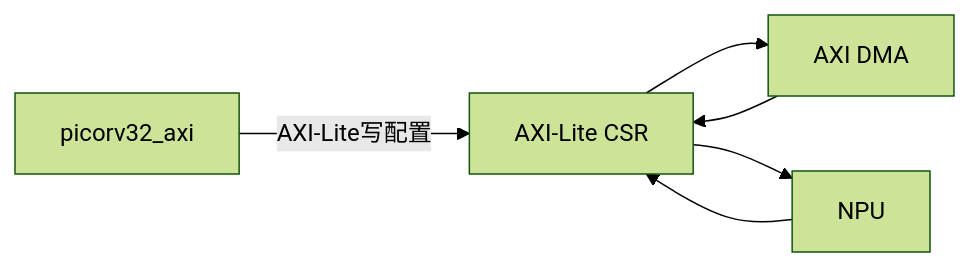
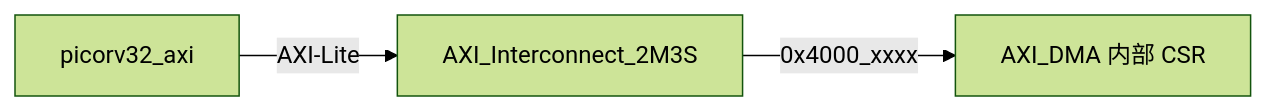
One commit to dogson50/project_1 changed the diagram in ft_3_md/飞腾杯赛题三/SOC框架/AXI-Lite CSR.md. Above: the diagram before and after it, drawn with Mermaid (forest theme). The commit also changed other lines of this file and 85 other files, not shown here.

````diff
--- a/ft_3_md/飞腾杯赛题三/SOC框架/AXI-Lite CSR.md
+++ b/ft_3_md/飞腾杯赛题三/SOC框架/AXI-Lite CSR.md
@@ -10,8 +10,5 @@
 ```mermaid
 flowchart LR
-    CPU[picorv32_axi] -->|AXI-Lite写配置| CSR[AXI-Lite CSR]
-    CSR --> DMA[AXI DMA]
-    CSR --> NPU[NPU]
-    DMA --> CSR
-    NPU --> CSR
+    CPU[picorv32_axi] -->|AXI-Lite| IC[AXI_Interconnect_2M3S]
+    IC -->|0x4000_xxxx| DMA_CSR[AXI_DMA 内部 CSR]
 ```
````
